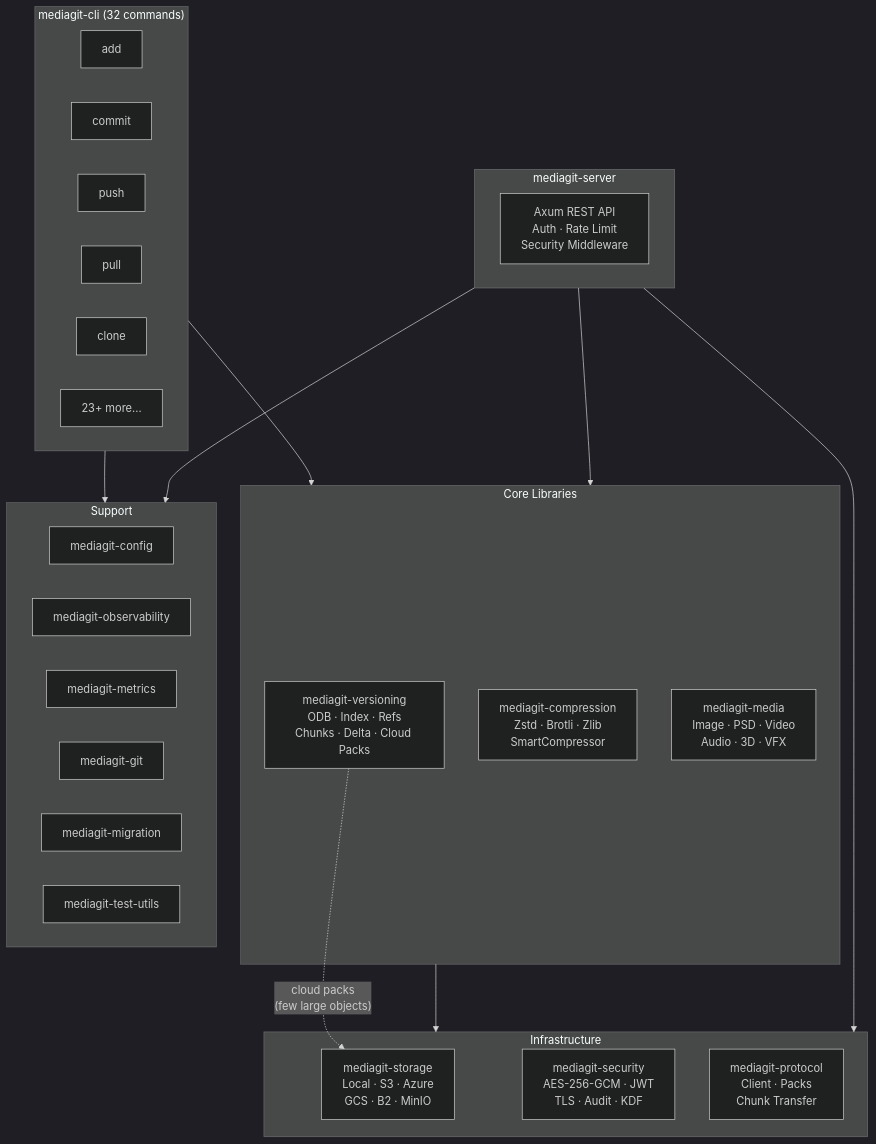
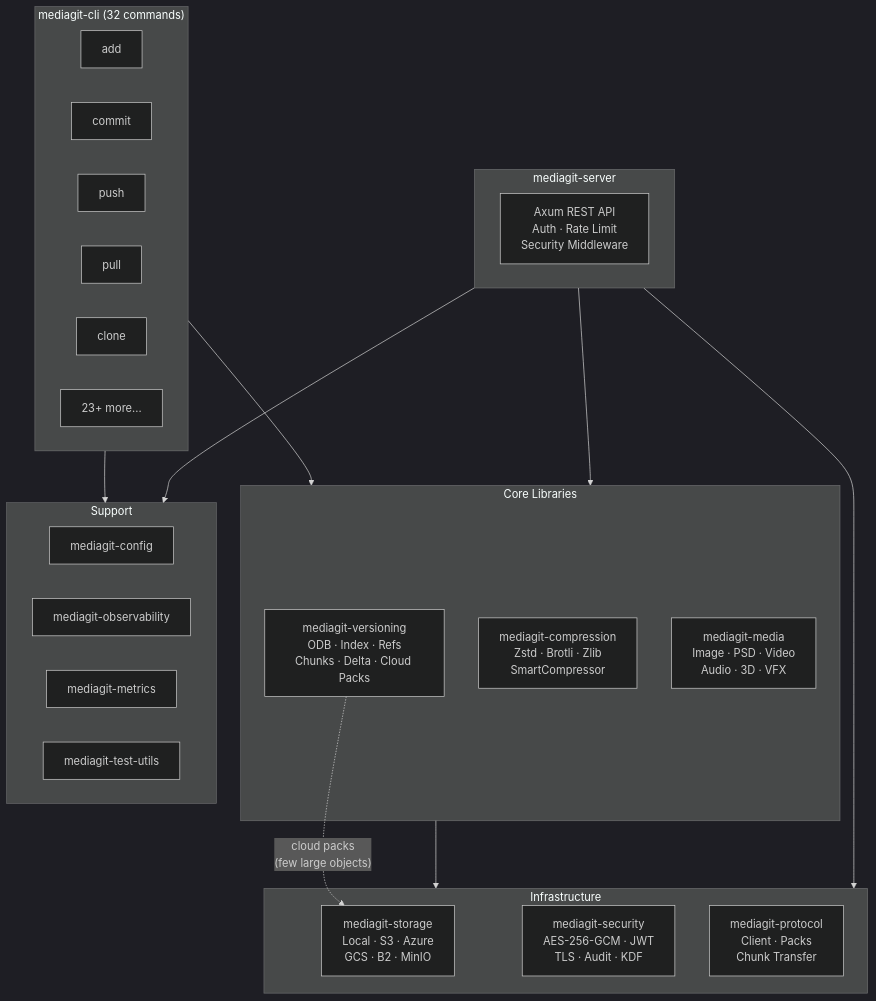
One commit to winnyboy5/mediagit-core changed the first of 2 diagrams in book/src/architecture/README.md. Above: the diagram before and after it, drawn with Mermaid (dark theme). The commit also changed other lines of this file and 25 other files, not shown here.

````diff
--- a/book/src/architecture/README.md
+++ b/book/src/architecture/README.md
@@ -7,44 +7,42 @@
 ```mermaid
 graph TD
     subgraph CLI["mediagit-cli (32 commands)"]
         ADD["add"]
         COMMIT["commit"]
         PUSH["push"]
         PULL["pull"]
         CLONE["clone"]
         OTHER["23+ more..."]
     end
 
     subgraph Core["Core Libraries"]
         VER["mediagit-versioning<br/>ODB · Index · Refs<br/>Chunks · Delta · Cloud Packs"]
         COMP["mediagit-compression<br/>Zstd · Brotli · Zlib<br/>SmartCompressor"]
         MEDIA["mediagit-media<br/>Image · PSD · Video<br/>Audio · 3D · VFX"]
     end
 
     subgraph Infra["Infrastructure"]
         STORE["mediagit-storage<br/>Local · S3 · Azure<br/>GCS · B2 · MinIO"]
         SEC["mediagit-security<br/>AES-256-GCM · JWT<br/>TLS · Audit · KDF"]
         PROTO["mediagit-protocol<br/>Client · Packs<br/>Chunk Transfer"]
     end
 
     subgraph Support["Support"]
         CFG["mediagit-config"]
         OBS["mediagit-observability"]
         MET["mediagit-metrics"]
-        GIT["mediagit-git"]
-        MIG["mediagit-migration"]
         TEST["mediagit-test-utils"]
     end
 
     subgraph Server["mediagit-server"]
         AXUM["Axum REST API<br/>Auth · Rate Limit<br/>Security Middleware"]
     end
 
     CLI --> Core
     Core --> Infra
     Server --> Core
     Server --> Infra
     CLI --> Support
     Server --> Support
     VER -.->|"cloud packs<br/>(few large objects)"| STORE
 ```
````
